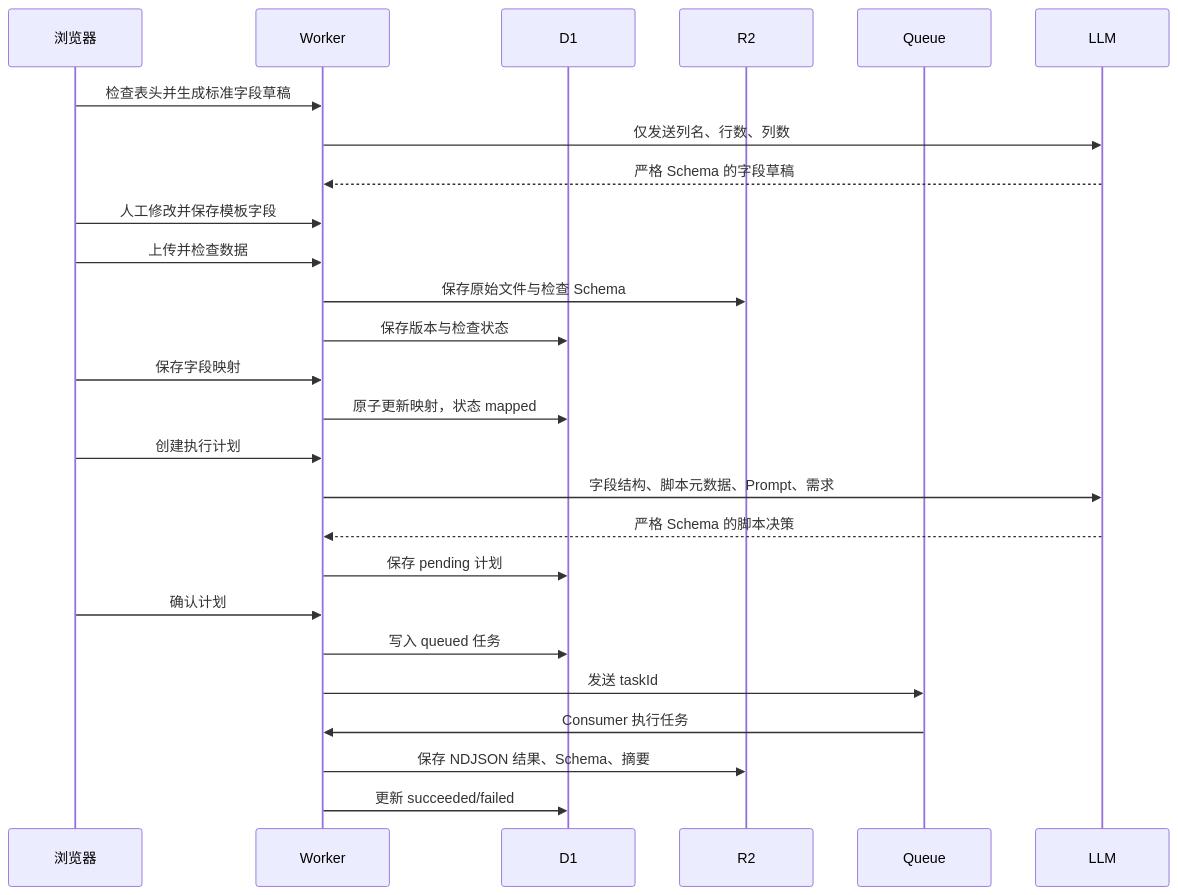
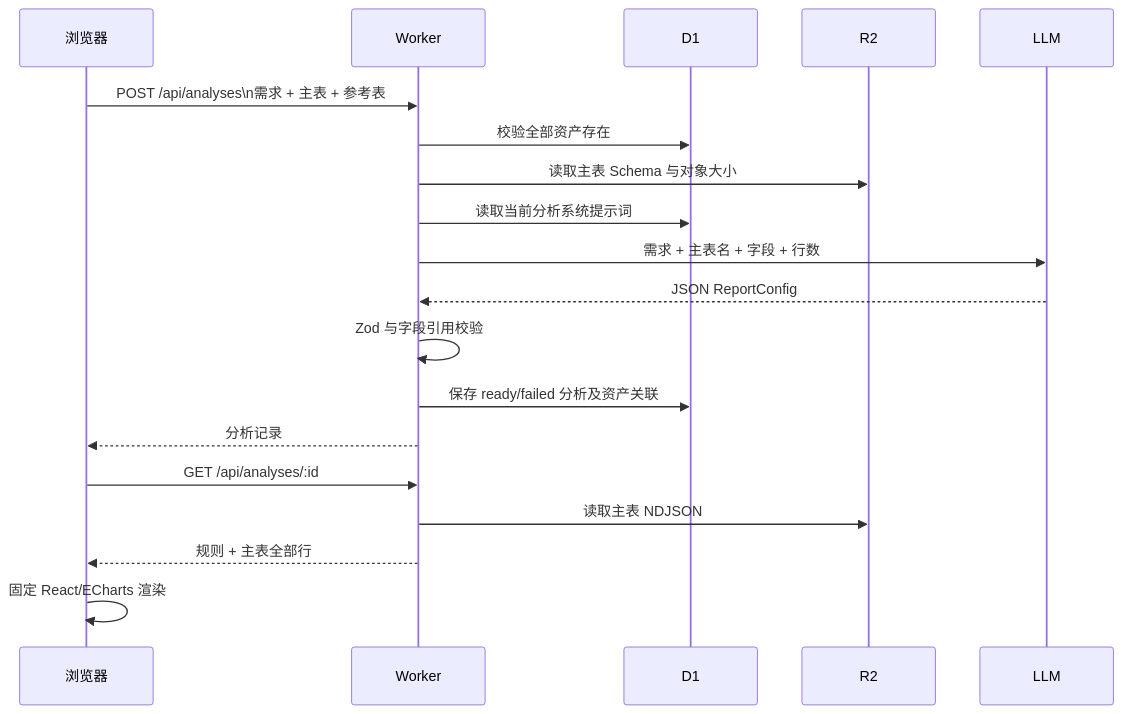
The second of 2 diagrams in ARCHITECTURE.md (vincent-xw/dataAnalyzeProject), drawn with Mermaid before and after one commit. The commit also changed other lines of this file, not shown here.

Commit message:
refactor(architecture): update system positioning and clarify core objects in documentation

````diff
--- a/ARCHITECTURE.md
+++ b/ARCHITECTURE.md
@@ -73,29 +86,22 @@
 ```mermaid
 sequenceDiagram
   participant B as 浏览器
   participant W as Worker
   participant D as D1
   participant R as R2
-  participant Q as Queue
   participant L as LLM
 
-  B->>W: 检查表头并生成标准字段草稿
-  W->>L: 仅发送列名、行数、列数
-  L-->>W: 严格 Schema 的字段草稿
-  B->>W: 人工修改并保存模板字段
-  B->>W: 上传并检查数据
-  W->>R: 保存原始文件与检查 Schema
-  W->>D: 保存版本与检查状态
-  B->>W: 保存字段映射
-  W->>D: 原子更新映射，状态 mapped
-  B->>W: 创建执行计划
-  W->>L: 字段结构、脚本元数据、Prompt、需求
-  L-->>W: 严格 Schema 的脚本决策
-  W->>D: 保存 pending 计划
-  B->>W: 确认计划
-  W->>D: 写入 queued 任务
-  W->>Q: 发送 taskId
-  Q->>W: Consumer 执行任务
-  W->>R: 保存 NDJSON 结果、Schema、摘要
-  W->>D: 更新 succeeded/failed
+  B->>W: POST /api/analyses\n需求 + 主表 + 参考表
+  W->>D: 校验全部资产存在
+  W->>R: 读取主表 Schema 与对象大小
+  W->>D: 读取当前分析系统提示词
+  W->>L: 需求 + 主表名 + 字段 + 行数
+  L-->>W: JSON ReportConfig
+  W->>W: Zod 与字段引用校验
+  W->>D: 保存 ready/failed 分析及资产关联
+  W-->>B: 分析记录
+  B->>W: GET /api/analyses/:id
+  W->>R: 读取主表 NDJSON
+  W-->>B: 规则 + 主表全部行
+  B->>B: 固定 React/ECharts 渲染
 ```
````
